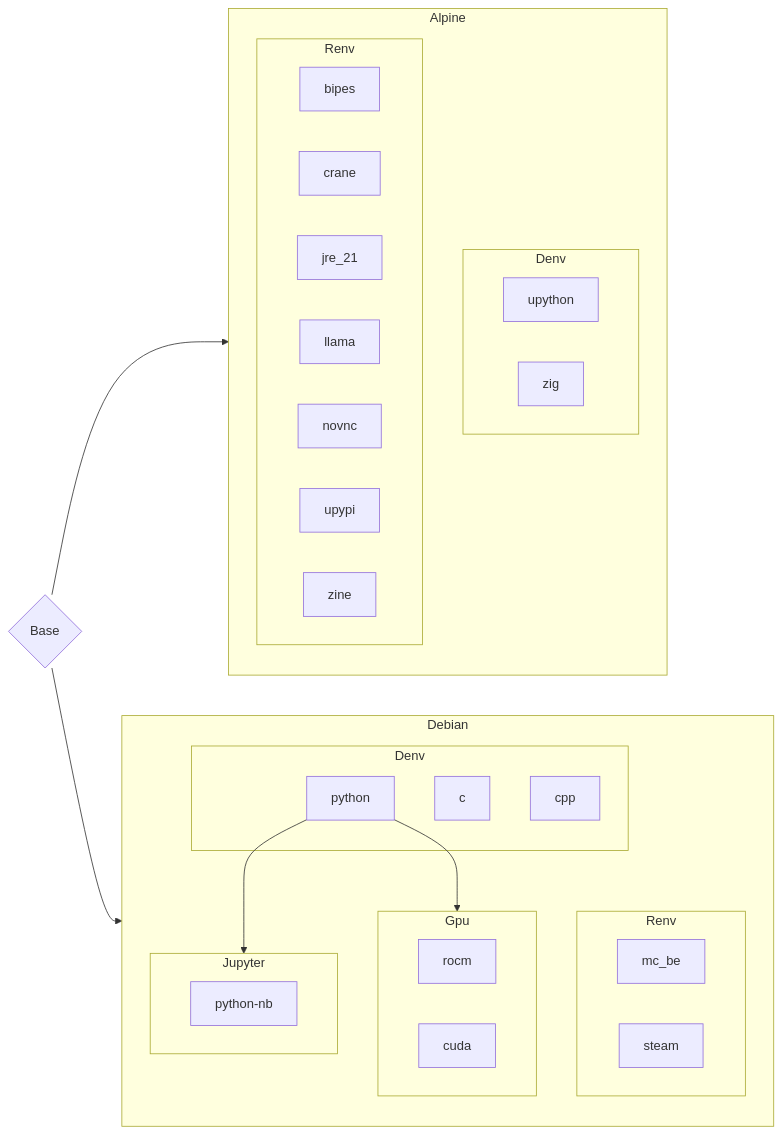
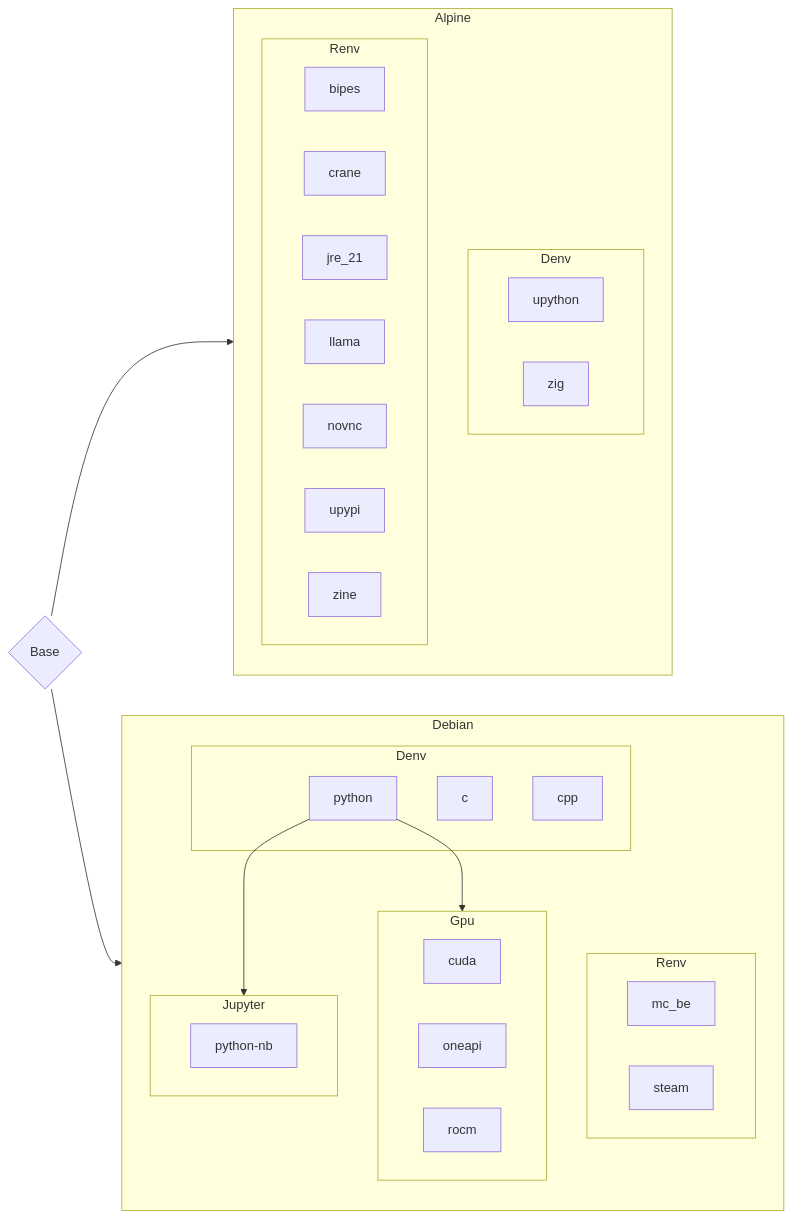
The diagram in README.md (ben0i0d/cenv), drawn with Mermaid before and after one commit. The commit also changed 2 other files, not shown here.

Commit message:
add codeberg in host

````diff
--- a/README.md
+++ b/README.md
@@ -58,47 +58,48 @@
 ```mermaid
 graph LR
 
 B{Base} --> Alpine
 B --> Debian
 
 subgraph Alpine
     subgraph AD[Denv]
     upython
     zig
     end
     
     subgraph AR[Renv]
     bipes
     crane
     jre_21
     llama
     novnc
     upypi
     zine
     end
 end
 
 subgraph Debian
     subgraph DD[Denv]
     c
     cpp
     python
     end
 
     subgraph DR[Renv]
     mc_be
     steam
     end
 
     python-->Gpu
     subgraph Gpu
+    cuda
+    oneapi
     rocm
-    cuda
     end
 
     python-->Jupyter
     subgraph Jupyter
     python-nb
     end
 end
 ```
````
